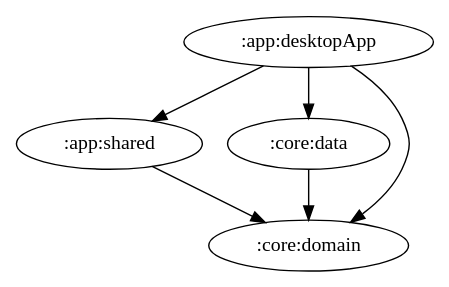
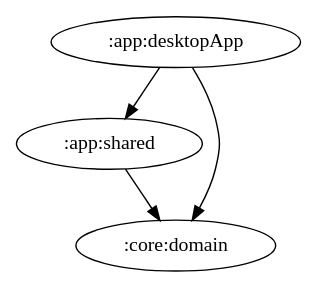
One commit to ai-kurou/KoDriver changed the diagram in docs/graphs/app-desktopApp.gv. Above: the diagram before and after it, drawn with Graphviz. The commit also changed 7 other files, not shown here.

Commit message:
chore: update module graph images [skip ci]

```diff
--- a/docs/graphs/app-desktopApp.gv
+++ b/docs/graphs/app-desktopApp.gv
@@ -1,7 +1,5 @@
 digraph G {
   ":app:desktopApp" -> ":app:shared"
-  ":app:desktopApp" -> ":core:data"
   ":app:desktopApp" -> ":core:domain"
   ":app:shared" -> ":core:domain"
-  ":core:data" -> ":core:domain"
 }
```
